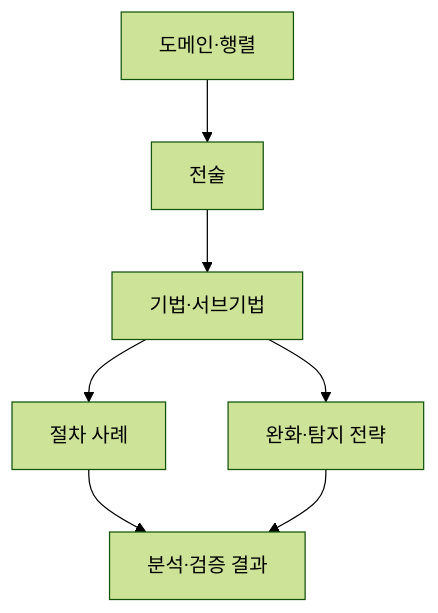
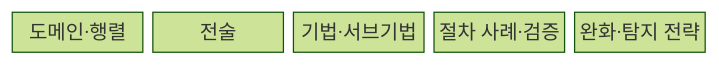
Before and after one commit to agnusdei1207/knowledge-base: the first of 2 diagrams in src/content/docs/notes/05-security/029_mitre_attack.md, drawn with Mermaid (forest theme). The commit also changed other lines of this file and 11 other files, not shown here.

````diff
--- a/src/content/docs/notes/05-security/029_mitre_attack.md
+++ b/src/content/docs/notes/05-security/029_mitre_attack.md
@@ -60,9 +60,9 @@
 ```mermaid
-flowchart TD
-    A[도메인·행렬] --> B[전술]
-    B --> C[기법·서브기법]
-    C --> D[절차 사례]
-    C --> E[완화·탐지 전략]
-    D --> F[분석·검증 결과]
-    E --> F
+block-beta
+    columns 5
+    A["도메인·행렬"]
+    B["전술"]
+    C["기법·서브기법"]
+    D["절차 사례·검증"]
+    E["완화·탐지 전략"]
 ```
````
